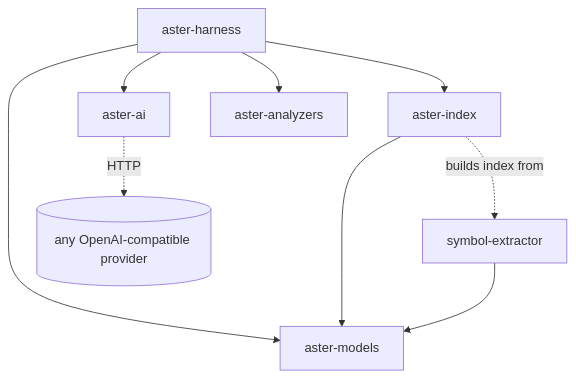
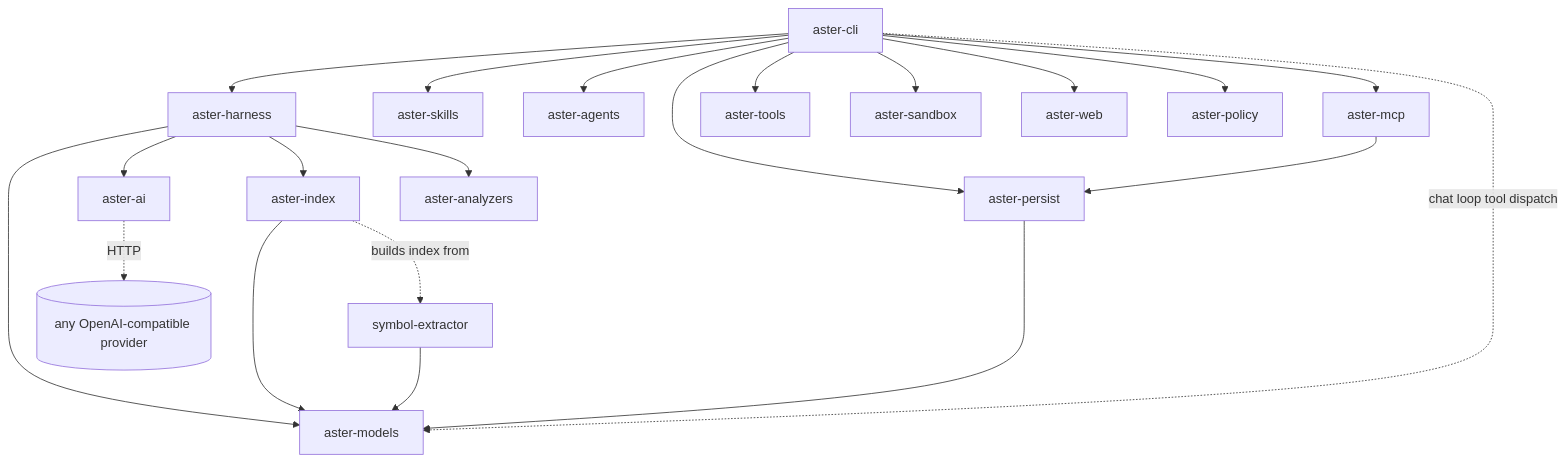
The first of 2 diagrams in docs/ARCHITECTURE.md (Zfinix/aster), drawn with Mermaid before and after one commit. The commit also changed other lines of this file and 5 other files, not shown here.

Commit message:
docs: update architecture, MCP, memory, and roadmap docs; remove stale aster.yaml; clean up desktop App.tsx

````diff
--- a/docs/ARCHITECTURE.md
+++ b/docs/ARCHITECTURE.md
@@ -53,11 +59,23 @@
 ```mermaid
 graph TD
-    H[aster-harness] --> AI[aster-ai]
+    CLI[aster-cli] --> H[aster-harness]
+    CLI --> PS[aster-persist]
+    CLI --> SK[aster-skills]
+    CLI --> AG[aster-agents]
+    CLI --> MC[aster-mcp]
+    CLI --> TL[aster-tools]
+    CLI --> SB[aster-sandbox]
+    CLI --> WB[aster-web]
+    CLI --> PL[aster-policy]
+    H --> AI[aster-ai]
     H --> IDX[aster-index]
     H --> AN[aster-analyzers]
     H --> M[aster-models]
     IDX --> M
     SE[symbol-extractor] --> M
     IDX -.builds index from.-> SE
     AI -.HTTP.-> P[(any OpenAI-compatible provider)]
+    PS --> M
+    MC --> PS
+    CLI -.chat loop tool dispatch.-> M
 ```
````
